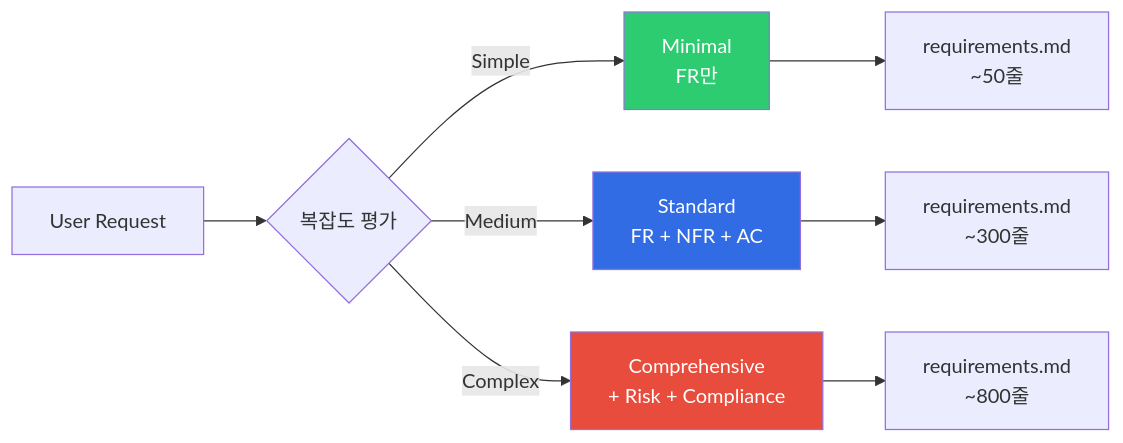
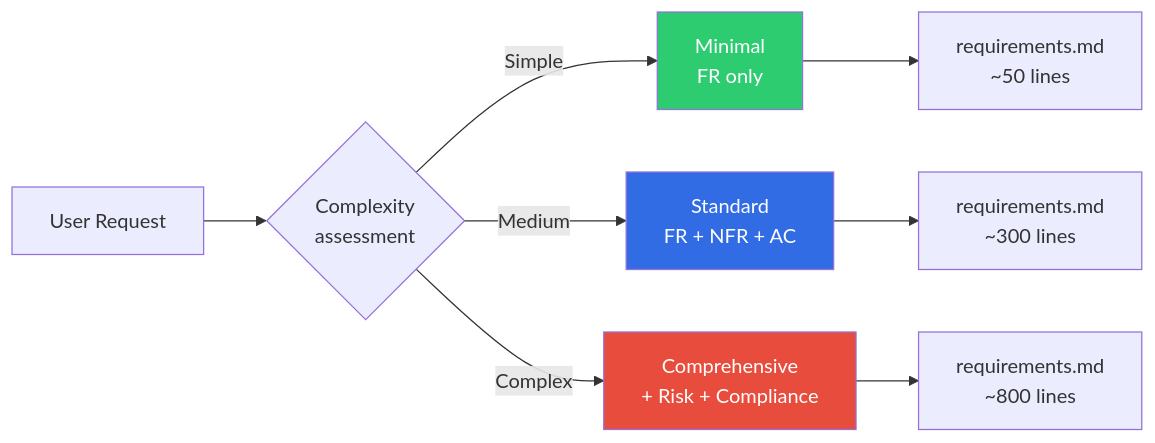
One commit to devfloor9/engineering-playbook changed the fourth of 9 diagrams in docs/aidlc/methodology/adaptive-execution.md. Above: the diagram before and after it, drawn with Mermaid. The commit also changed other lines of this file and 954 other files, not shown here.

````diff
--- a/docs/aidlc/methodology/adaptive-execution.md
+++ b/docs/aidlc/methodology/adaptive-execution.md
@@ -141,15 +141,15 @@
 ```mermaid
 flowchart LR
-    USER[User Request] --> RA{복잡도 평가}
-    RA -->|Simple| MIN[Minimal<br/>FR만]
+    USER[User Request] --> RA{Complexity<br/>assessment}
+    RA -->|Simple| MIN[Minimal<br/>FR only]
     RA -->|Medium| STD[Standard<br/>FR + NFR + AC]
     RA -->|Complex| COMP[Comprehensive<br/>+ Risk + Compliance]
 
-    MIN --> OUT1[requirements.md<br/>~50줄]
-    STD --> OUT2[requirements.md<br/>~300줄]
-    COMP --> OUT3[requirements.md<br/>~800줄]
+    MIN --> OUT1[requirements.md<br/>~50 lines]
+    STD --> OUT2[requirements.md<br/>~300 lines]
+    COMP --> OUT3[requirements.md<br/>~800 lines]
 
     style MIN fill:#2ecc71,color:#fff
     style STD fill:#326ce5,color:#fff
     style COMP fill:#e74c3c,color:#fff
 ```
````
